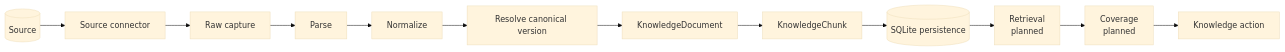
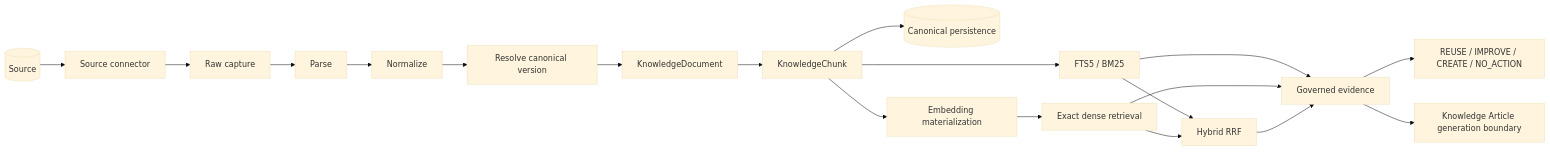
The diagram in README.md (kumarchandansingh/tropos), drawn with Mermaid (base theme) before and after one commit. The commit also changed other lines of this file, not shown here.

````diff
--- a/README.md
+++ b/README.md
@@ -37,15 +42,25 @@
 ```mermaid
 flowchart LR
     S[(Source)]
     --> X[Source connector]
     --> R[Raw capture]
     --> P[Parse]
     --> N[Normalize]
     --> V[Resolve canonical version]
     --> D[KnowledgeDocument]
     --> C[KnowledgeChunk]
-    --> DB[(SQLite persistence)]
-    --> Q[Retrieval<br/>planned]
-    --> G[Coverage<br/>planned]
-    --> A[Knowledge action]
+    --> DB[(Canonical persistence)]
+
+    C --> L[FTS5 / BM25]
+    C --> E[Embedding materialization]
+    E --> DV[Exact dense retrieval]
+    L --> H[Hybrid RRF]
+    DV --> H
+
+    L --> G[Governed evidence]
+    DV --> G
+    H --> G
+
+    G --> A[REUSE / IMPROVE / CREATE / NO_ACTION]
+    G --> KA[Knowledge Article generation boundary]
 ```
````
